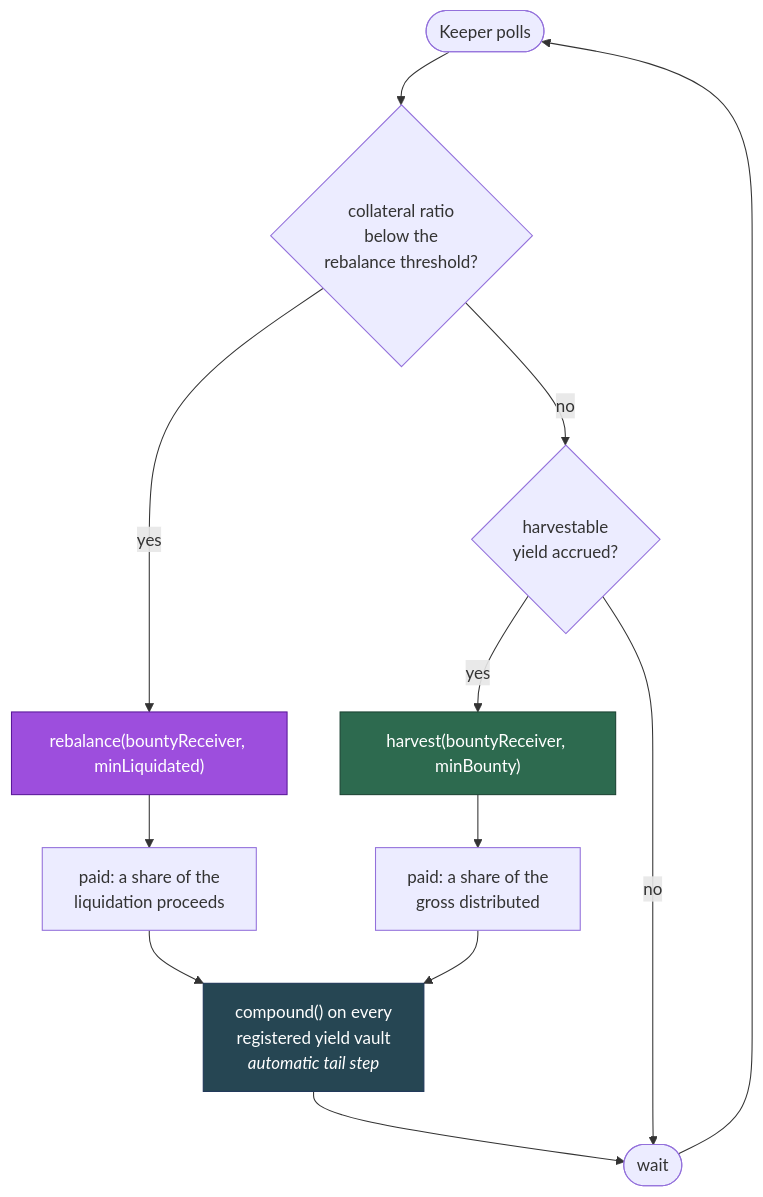
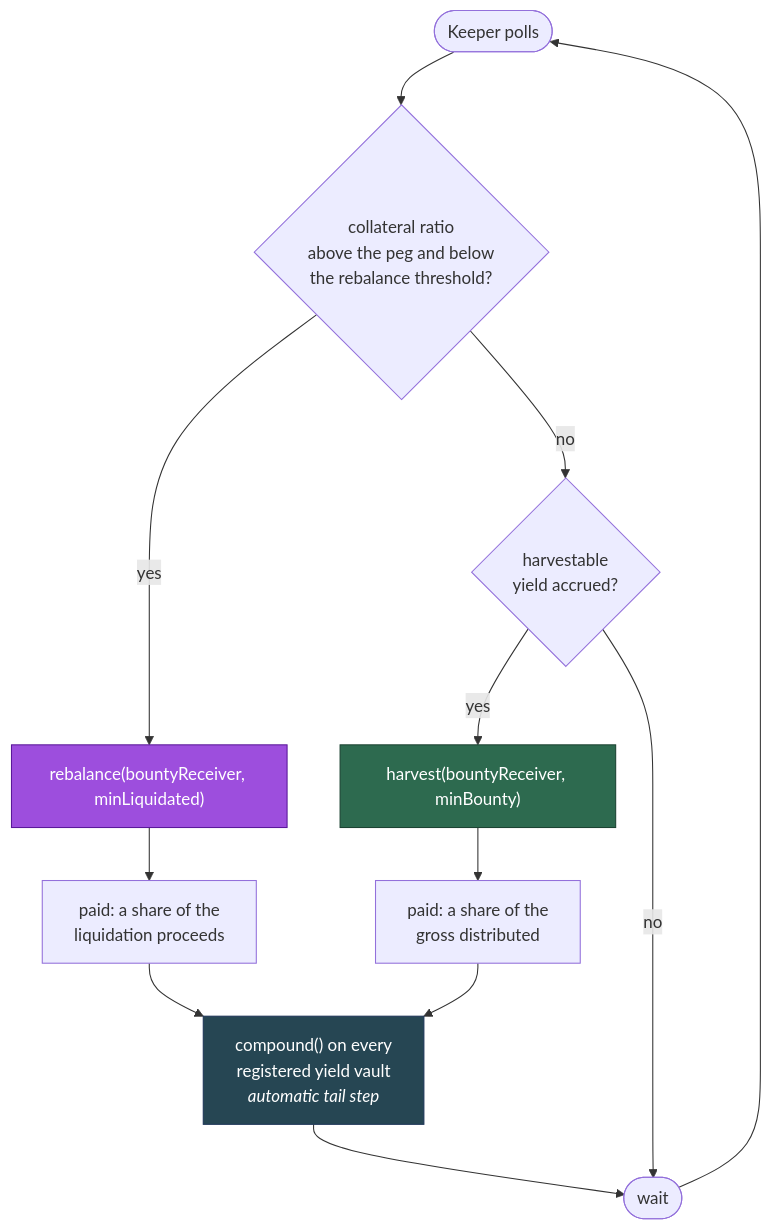
One commit to baofinance/harbor changed diagram 12 of 16 in doc/functional-spec.md. Above: the diagram before and after it, drawn with Mermaid. The commit also changed other lines of this file and 14 other files, not shown here.

````diff
--- a/doc/functional-spec.md
+++ b/doc/functional-spec.md
@@ -1435,18 +1495,18 @@
 ```mermaid
 flowchart TD
-    Start(["Keeper polls"]) --> Q1{"collateral ratio<br/>below the<br/>rebalance threshold?"}
+    Start(["Keeper polls"]) --> Q1{"collateral ratio<br/>above the peg and below<br/>the rebalance threshold?"}
     Q1 -->|yes| RB["rebalance(bountyReceiver, minLiquidated)"]
     Q1 -->|no| Q2{"harvestable<br/>yield accrued?"}
     RB --> PAY1["paid: a share of the<br/>liquidation proceeds"]
     PAY1 --> CMP
     Q2 -->|yes| HV["harvest(bountyReceiver, minBounty)"]
     Q2 -->|no| Wait(["wait"])
     HV --> PAY2["paid: a share of the<br/>gross distributed"]
     PAY2 --> CMP["compound() on every<br/>registered yield vault<br/><i>automatic tail step</i>"]
     CMP --> Wait
     Wait --> Start
 
     style RB fill:#9d4edd,stroke:#5a189a,color:#fff
     style HV fill:#2d6a4f,stroke:#1b4332,color:#fff
     style CMP fill:#264653,stroke:#1d3557,color:#fff
 ```
````
